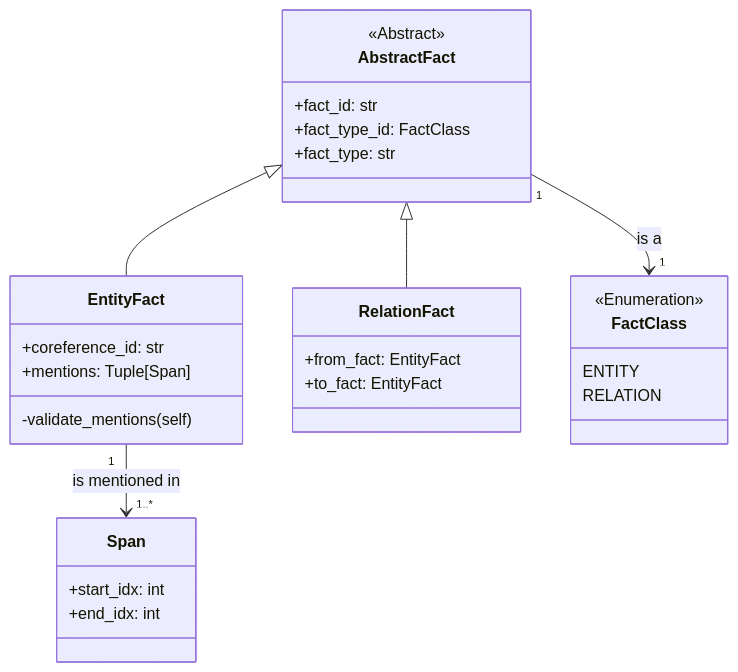
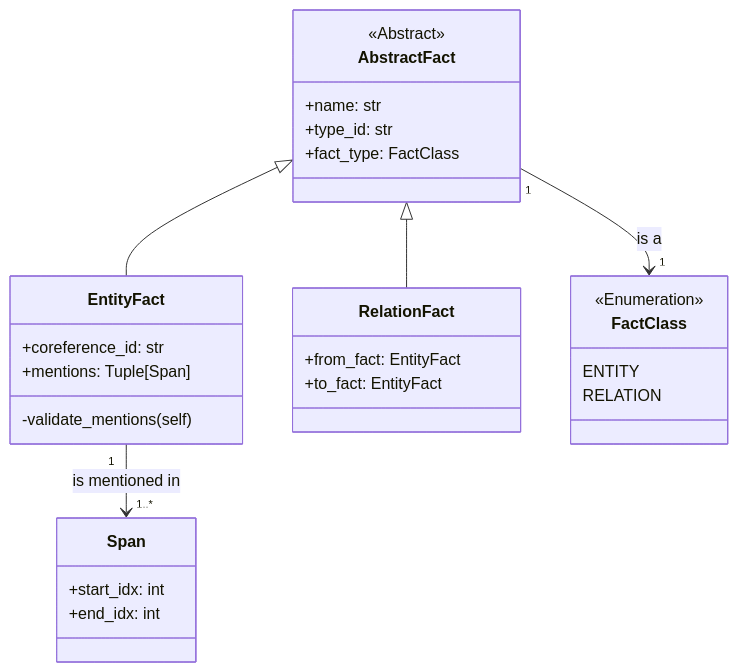
One commit to phos-phophy/creed changed the second of 4 diagrams in README.md. Above: the diagram before and after it, drawn with Mermaid.

Commit message:
Rename fact_id to name

````diff
--- a/README.md
+++ b/README.md
@@ -73,38 +73,38 @@
 ```mermaid
 classDiagram
 direction TB
 
    AbstractFact <|-- EntityFact
    AbstractFact <|-- RelationFact
    EntityFact "1" --> "1..*" Span : is mentioned in
    AbstractFact "1" --> "1" FactClass : is a
    
    class Span:::rect{
       +start_idx: int
       +end_idx: int
    }
    
    class FactClass{
       <<Enumeration>>
       ENTITY
       RELATION
    }
 
    class AbstractFact{
       <<Abstract>> 
-      +fact_id: str
-      +fact_type_id: FactClass
-      +fact_type: str
+      +name: str
+      +type_id: str
+      +fact_type: FactClass
    }
    
    class EntityFact{
       +coreference_id: str
       +mentions: Tuple[Span]
       -validate_mentions(self)
    }
    
    class RelationFact{
       +from_fact: EntityFact
       +to_fact: EntityFact
    }
 ```
````
